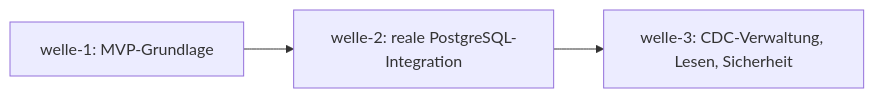
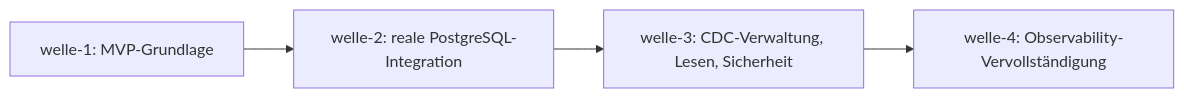
Before and after one commit to pt9912/pg-change-feed: the diagram in docs/plan/planning/in-progress/roadmap.md, drawn with Mermaid. The commit also changed other lines of this file and 4 other files, not shown here.

First line of the commit message:
docs(planning): welle-4 eroeffnet — Observability-Vervollstaendigung (LH-FA-ADM-002, ADR-0046)

````diff
--- a/docs/plan/planning/in-progress/roadmap.md
+++ b/docs/plan/planning/in-progress/roadmap.md
@@ -82,8 +84,9 @@
 ```mermaid
 flowchart LR
     W1[welle-1: MVP-Grundlage]
     W2[welle-2: reale PostgreSQL-Integration]
     W3[welle-3: CDC-Verwaltung, Lesen, Sicherheit]
+    W4[welle-4: Observability-Vervollständigung]
 
-    W1 --> W2 --> W3
+    W1 --> W2 --> W3 --> W4
 ```
````
